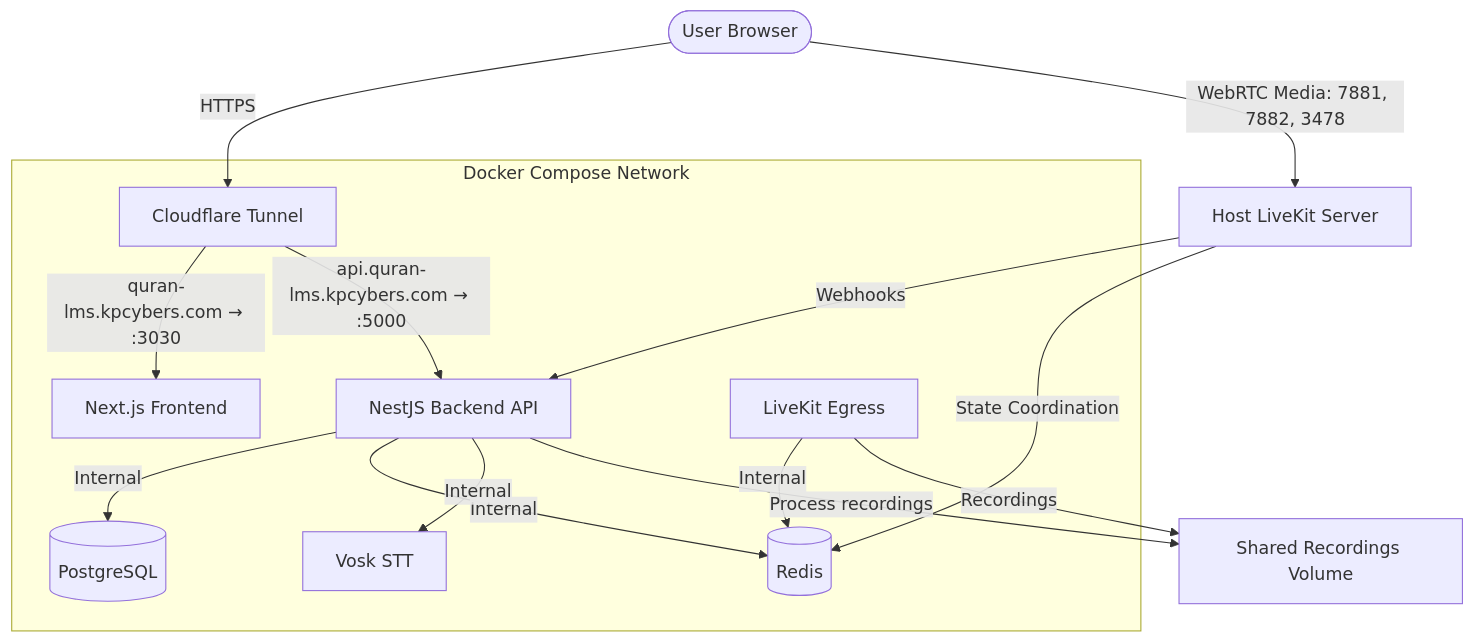
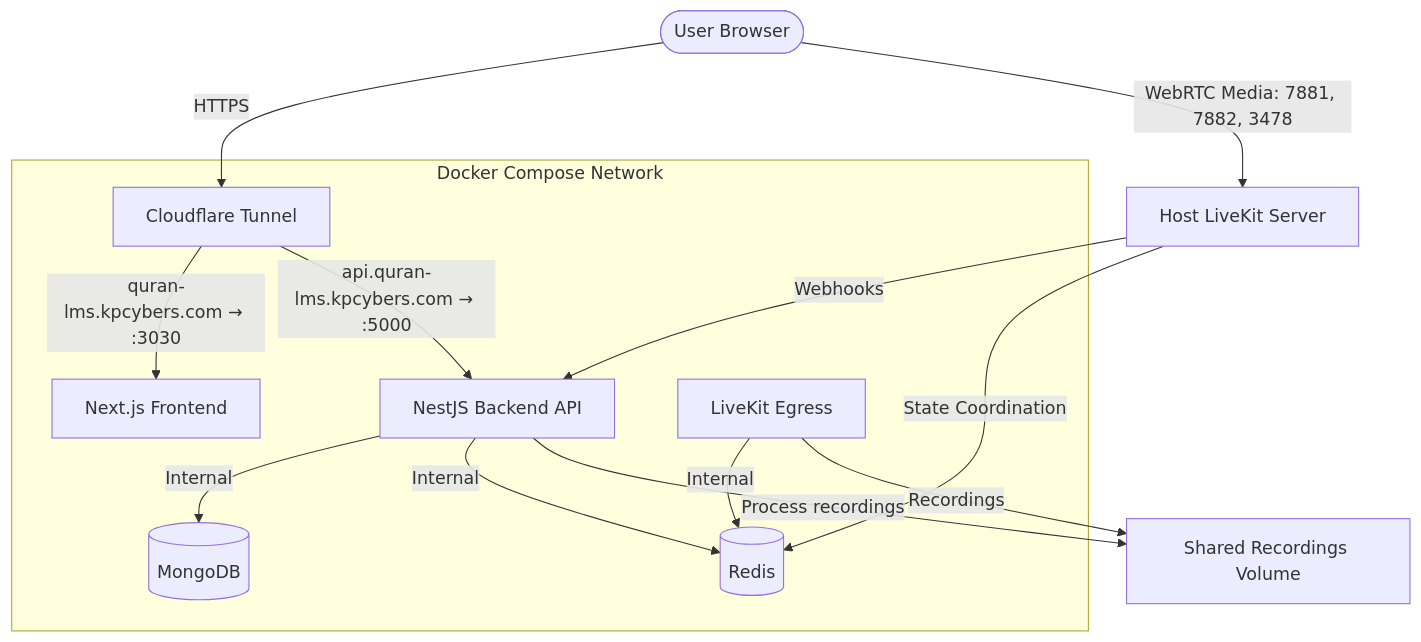
The diagram in DEPLOYMENT.md (haseebjanhamraz/quran-lms), drawn with Mermaid before and after one commit. The commit also changed other lines of this file and 108 other files, not shown here.

Commit message:
DB Migration (Prisma to MongoDB):  NestJS backend architecture with MongoDB integration and core resource modules

````diff
--- a/DEPLOYMENT.md
+++ b/DEPLOYMENT.md
@@ -11,19 +11,18 @@
 ```mermaid
 graph TD
     User([User Browser]) -->|HTTPS| CF[Cloudflare Tunnel]
     User -->|WebRTC Media: 7881, 7882, 3478| LiveKit[Host LiveKit Server]
     
     subgraph Docker Compose Network
         CF -->|quran-lms.kpcybers.com → :3030| NextJS[Next.js Frontend]
         CF -->|api.quran-lms.kpcybers.com → :5000| NestJS[NestJS Backend API]
-        NestJS -->|Internal| PG[(PostgreSQL)]
+        NestJS -->|Internal| Mongo[(MongoDB)]
         NestJS -->|Internal| Redis[(Redis)]
-        NestJS -->|Internal| Vosk[Vosk STT]
         Egress[LiveKit Egress] -->|Internal| Redis
     end
     
     LiveKit -->|Webhooks| NestJS
     LiveKit -->|State Coordination| Redis
     Egress -->|Recordings| Volume[Shared Recordings Volume]
     NestJS -->|Process recordings| Volume
 ```
````
